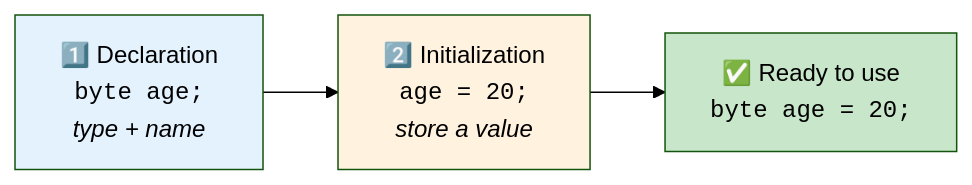
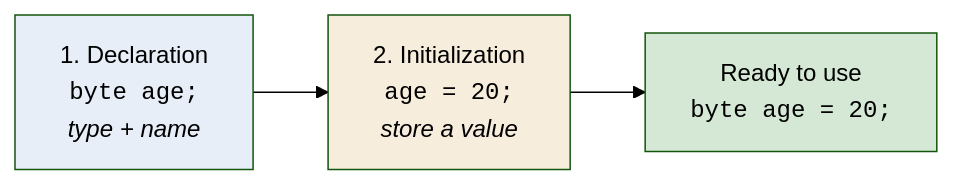
The first of 2 diagrams in src/Theory/02-Data-Types-and-Variables/01-Variables.md (kundankumarsharma56/Leaning-Java), drawn with Mermaid (forest theme) before and after one commit. The commit also changed other lines of this file and 84 other files, not shown here.

````diff
--- a/src/Theory/02-Data-Types-and-Variables/01-Variables.md
+++ b/src/Theory/02-Data-Types-and-Variables/01-Variables.md
@@ -21,8 +21,8 @@
 ```mermaid
 flowchart LR
-    A["1️⃣ Declaration<br/><code>byte age;</code><br/><i>type + name</i>"] --> B["2️⃣ Initialization<br/><code>age = 20;</code><br/><i>store a value</i>"]
-    B --> C["✅ Ready to use<br/><code>byte age = 20;</code>"]
-    style A fill:#e3f2fd
-    style B fill:#fff3e0
-    style C fill:#c8e6c9
+    A["1. Declaration<br/><code>byte age;</code><br/><i>type + name</i>"] --> B["2. Initialization<br/><code>age = 20;</code><br/><i>store a value</i>"]
+    B --> C["Ready to use<br/><code>byte age = 20;</code>"]
+    style A fill:#e7eef7
+    style B fill:#f7eddd
+    style C fill:#d5e8d6
 ```
````
